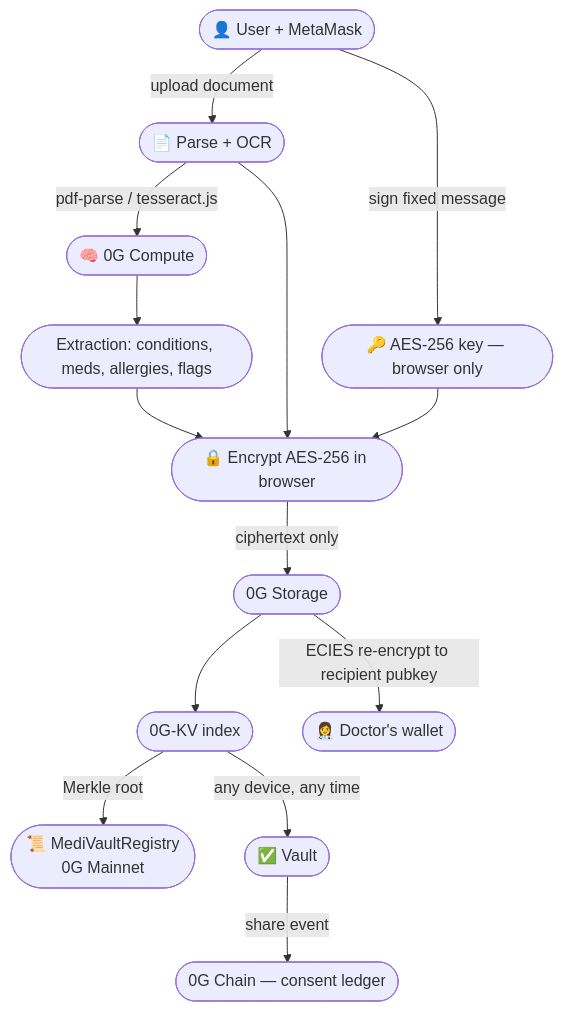
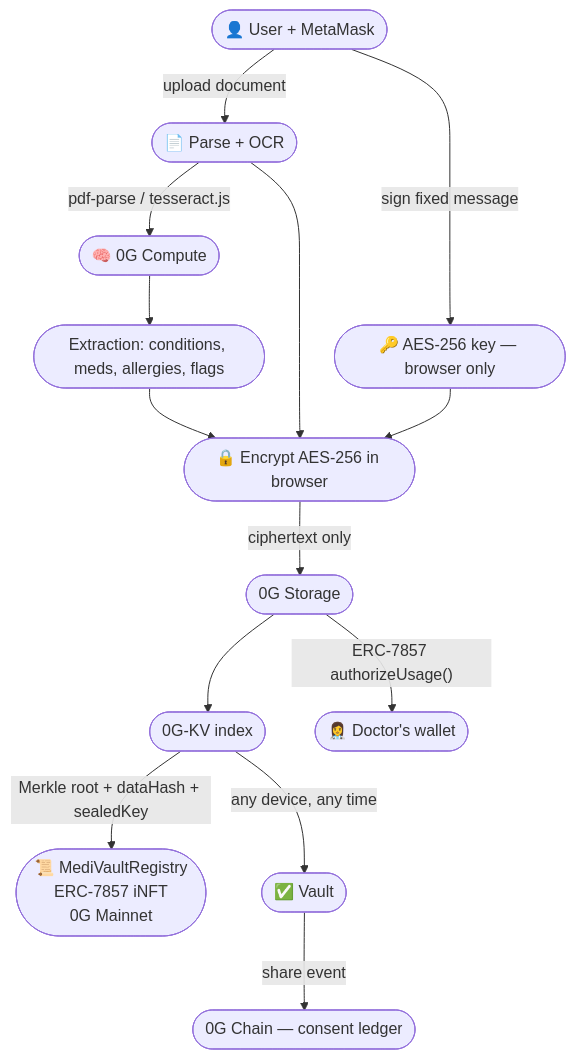
The diagram in README.md (salch-cred/medivault), drawn with Mermaid before and after one commit. The commit also changed other lines of this file and 1 other file, not shown here.

First line of the commit message:
feat: upgrade MediVaultRegistry to ERC-7857 Agentic iNFT standard

````diff
--- a/README.md
+++ b/README.md
@@ -282,16 +317,16 @@
 ```mermaid
 flowchart TD
   U(["👤 User + MetaMask"]) -->|"sign fixed message"| K(["🔑 AES-256 key — browser only"])
   U -->|"upload document"| P(["📄 Parse + OCR"])
   P -->|"pdf-parse / tesseract.js"| AI(["🧠 0G Compute"])
   AI --> EX(["Extraction: conditions, meds, allergies, flags"])
   EX --> ENC(["🔒 Encrypt AES-256 in browser"])
   P --> ENC
   K --> ENC
   ENC -->|"ciphertext only"| S(["0G Storage"])
   S --> IDX(["0G-KV index"])
-  IDX -->|"Merkle root"| REG(["📜 MediVaultRegistry\n0G Mainnet"])
+  IDX -->|"Merkle root + dataHash + sealedKey"| REG(["📜 MediVaultRegistry\nERC-7857 iNFT\n0G Mainnet"])
   IDX -->|"any device, any time"| V(["✅ Vault"])
-  S -->|"ECIES re-encrypt to recipient pubkey"| D(["👩‍⚕️ Doctor's wallet"])
+  S -->|"ERC-7857 authorizeUsage()"| D(["👩‍⚕️ Doctor's wallet"])
   V -->|"share event"| CL(["0G Chain — consent ledger"])
 ```
````
